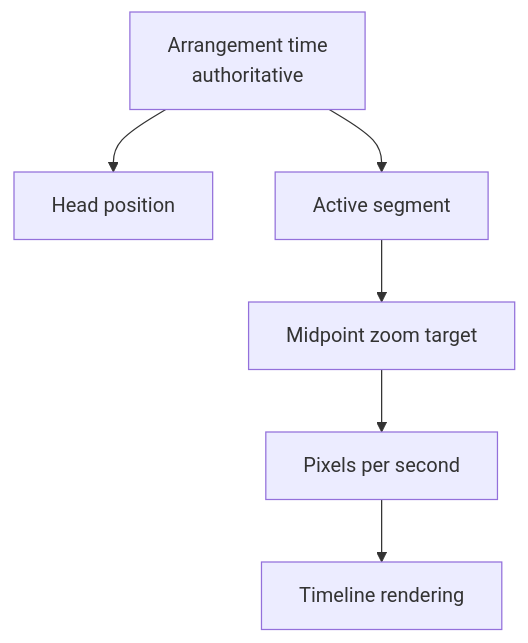
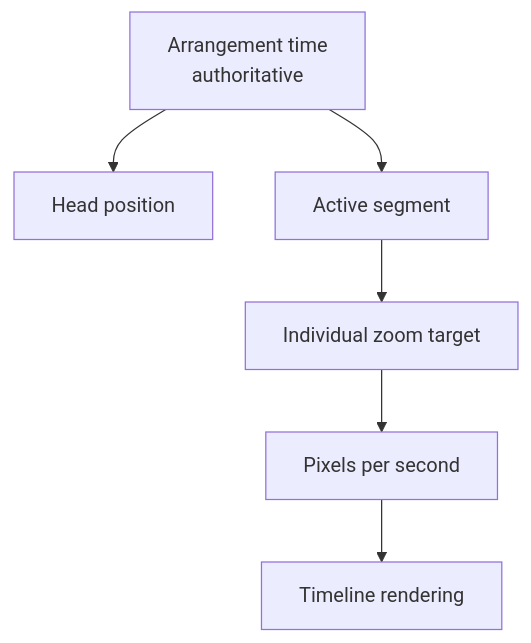
Before and after one commit to blubalubbin/music-mixer: the third of 3 diagrams in docs/timeline-dynamics.md, drawn with Mermaid. The commit also changed other lines of this file and 3 other files, not shown here.

````diff
--- a/docs/timeline-dynamics.md
+++ b/docs/timeline-dynamics.md
@@ -75,8 +88,8 @@
 ```mermaid
 flowchart TB
     Time["Arrangement time<br/>authoritative"] --> Position["Head position"]
     Time --> Active["Active segment"]
-    Active --> Target["Midpoint zoom target"]
+    Active --> Target["Individual zoom target"]
     Target --> Pixels["Pixels per second"]
     Pixels --> Render["Timeline rendering"]
 ```
````
